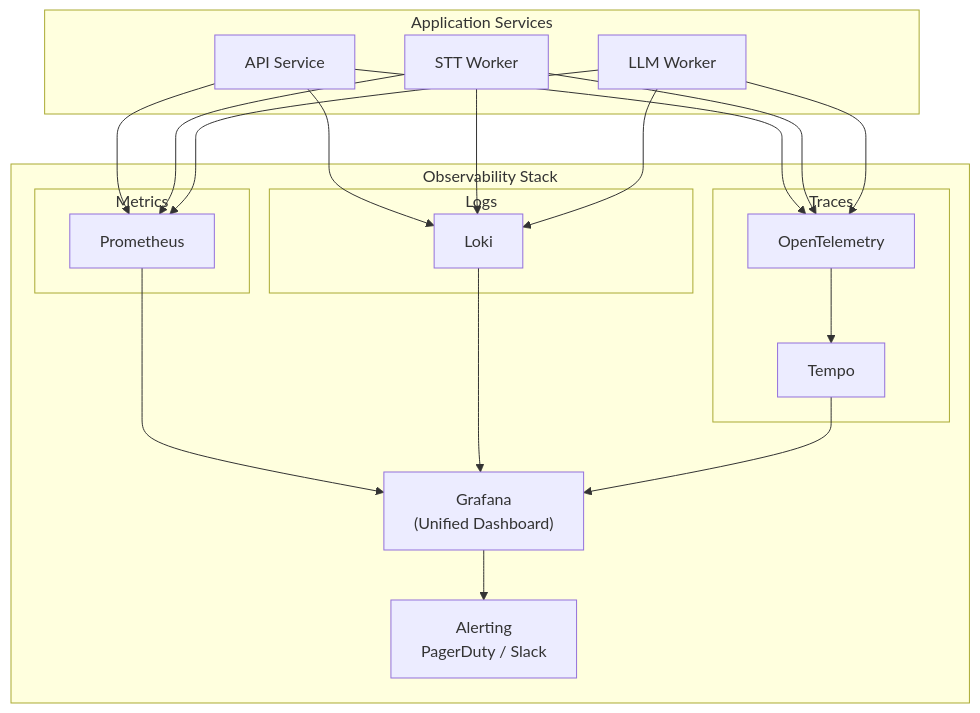
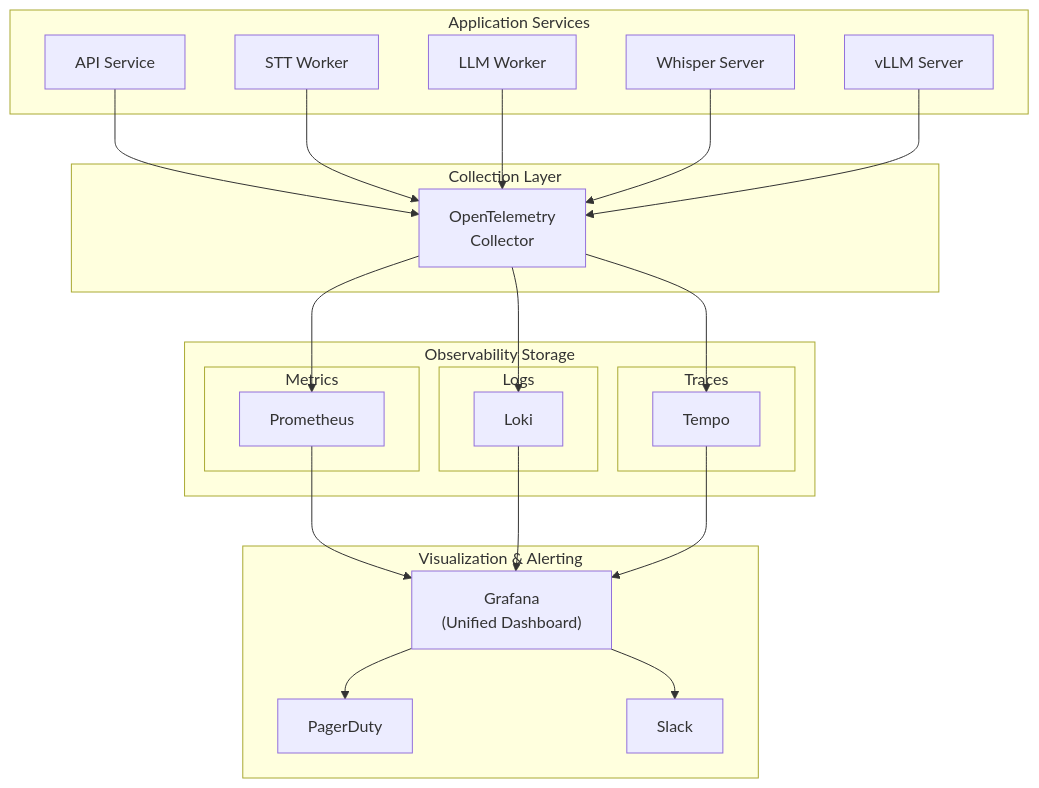
One commit to m24927605/system-architecture-design changed the eighth of 11 diagrams in ARCHITECTURE.md. Above: the diagram before and after it, drawn with Mermaid. The commit also changed other lines of this file, not shown here.

First line of the commit message:
docs: rewrite ARCHITECTURE.md with 3-phase evolutionary architecture

````diff
--- a/ARCHITECTURE.md
+++ b/ARCHITECTURE.md
@@ -384,39 +838,48 @@
 ```mermaid
 graph TB
     subgraph Services["Application Services"]
         API["API Service"]
         STT["STT Worker"]
         LLM["LLM Worker"]
+        GPU1["Whisper Server"]
+        GPU2["vLLM Server"]
     end
 
-    subgraph Observability["Observability Stack"]
+    subgraph Collection["Collection Layer"]
+        OTel["OpenTelemetry<br/>Collector"]
+    end
+
+    subgraph Storage["Observability Storage"]
         subgraph Metrics
             Prom["Prometheus"]
         end
         subgraph Logs
             Loki_["Loki"]
         end
         subgraph Traces
-            OTel["OpenTelemetry"]
             Tempo["Tempo"]
         end
-        Grafana["Grafana<br/>(Unified Dashboard)"]
-        Alerting["Alerting<br/>PagerDuty / Slack"]
     end
 
-    API --> Prom
-    API --> Loki_
+    subgraph Visualization["Visualization & Alerting"]
+        Grafana["Grafana<br/>(Unified Dashboard)"]
+        PD["PagerDuty"]
+        Slack["Slack"]
+    end
+
     API --> OTel
-    STT --> Prom
-    STT --> Loki_
     STT --> OTel
-    LLM --> Prom
-    LLM --> Loki_
     LLM --> OTel
+    GPU1 --> OTel
+    GPU2 --> OTel
 
+    OTel --> Prom
+    OTel --> Loki_
     OTel --> Tempo
+
     Prom --> Grafana
     Loki_ --> Grafana
     Tempo --> Grafana
-    Grafana --> Alerting
+    Grafana --> PD
+    Grafana --> Slack
 ```
````
